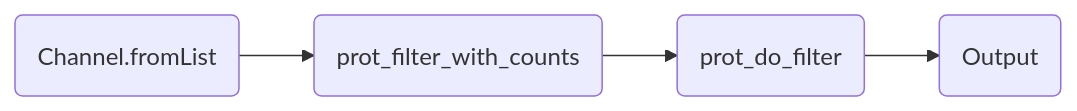
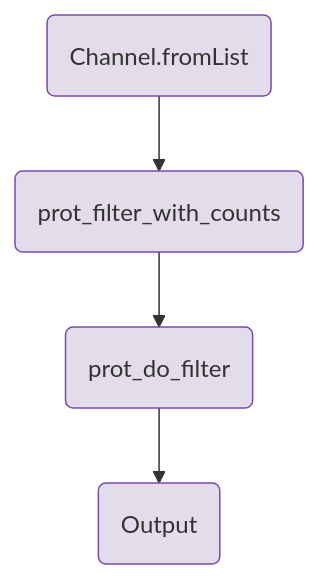
One commit to openpipelines-bio/website changed the diagram in components/workflows/prot/prot_singlesample.qmd. Above: the diagram before and after it, drawn with Mermaid. The commit also changed 21 other files, not shown here.

````diff
--- a/components/workflows/prot/prot_singlesample.qmd
+++ b/components/workflows/prot/prot_singlesample.qmd
@@ -115,12 +115,15 @@
 ```{mermaid}
-%%| column: screen-inset-shaded
-flowchart LR
+flowchart TB
     v0(Channel.fromList)
     v18(prot_filter_with_counts)
     v38(prot_do_filter)
     v66(Output)
     v0-->v18
     v18-->v38
     v38-->v66
+    style v0 fill:#e3dcea,stroke:#7a4baa;
+    style v18 fill:#e3dcea,stroke:#7a4baa;
+    style v38 fill:#e3dcea,stroke:#7a4baa;
+    style v66 fill:#e3dcea,stroke:#7a4baa;
 
 ```
````
